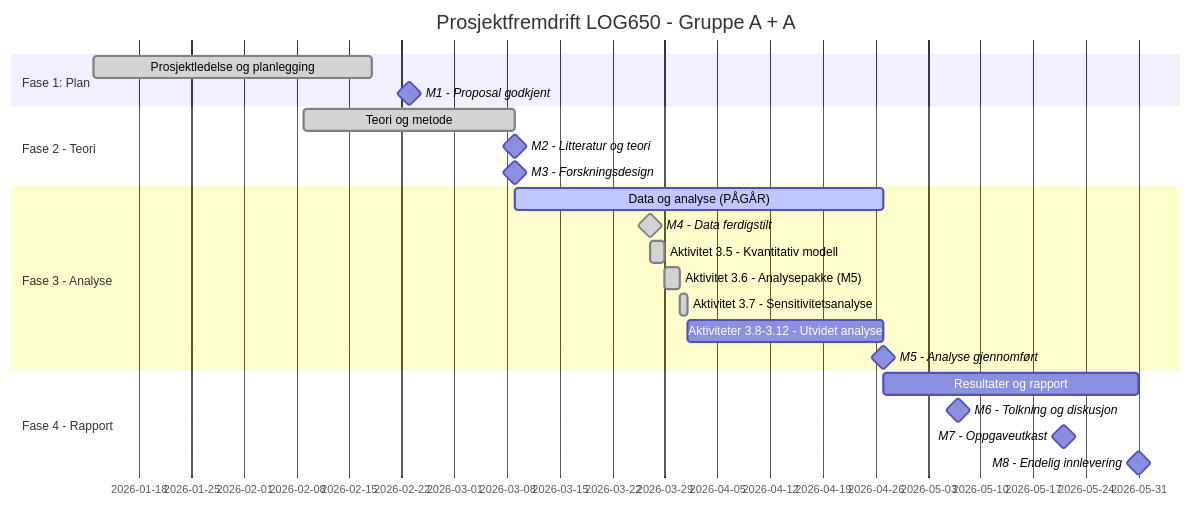
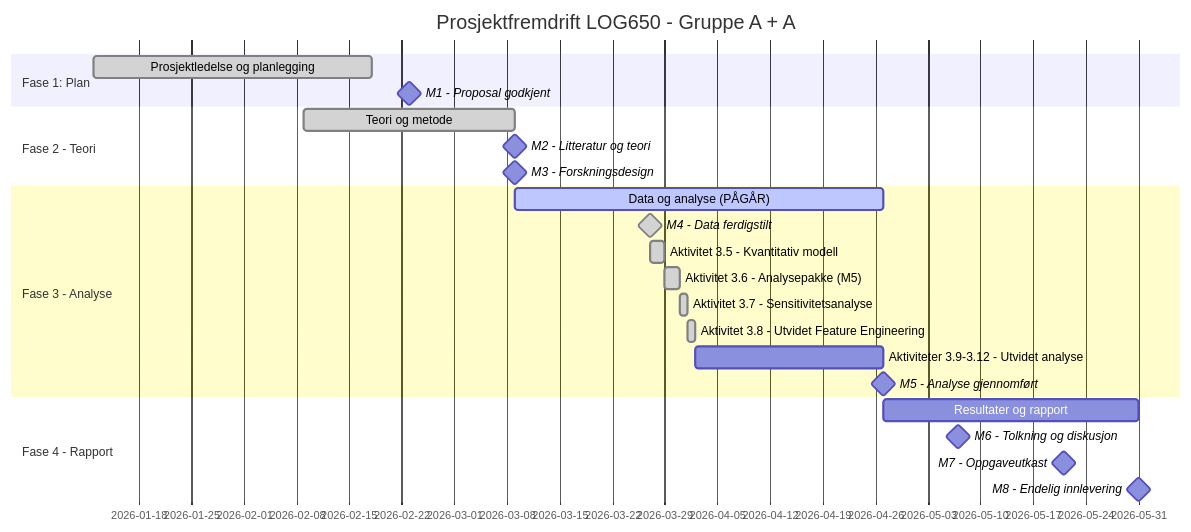
The diagram in 012 fase 2 - plan/status.md (LOG650/G02-a-pluss-a), drawn with Mermaid before and after one commit. The commit also changed other lines of this file and 9 other files, not shown here.

````diff
--- a/012 fase 2 - plan/status.md
+++ b/012 fase 2 - plan/status.md
@@ -21,25 +21,26 @@
 ```mermaid
 gantt
     title Prosjektfremdrift LOG650 - Gruppe A + A
     dateFormat  YYYY-MM-DD
     section Fase 1: Plan
     Prosjektledelse og planlegging :done, 2026-01-12, 2026-02-18
     M1 - Proposal godkjent :milestone, 2026-02-23, 0d
     section Fase 2 - Teori
     Teori og metode :done, 2026-02-09, 2026-03-09
     M2 - Litteratur og teori :milestone, 2026-03-09, 0d
     M3 - Forskningsdesign :milestone, 2026-03-09, 0d
     section Fase 3 - Analyse
     Data og analyse (PÅGÅR) :active, 2026-03-09, 2026-04-27
     M4 - Data ferdigstilt :done, milestone, 2026-03-27, 0d
     Aktivitet 3.5 - Kvantitativ modell :done, 2026-03-27, 2026-03-29
     Aktivitet 3.6 - Analysepakke (M5) :done, 2026-03-29, 2026-03-31
     Aktivitet 3.7 - Sensitivitetsanalyse :done, 2026-03-31, 2026-04-01
-    Aktiviteter 3.8-3.12 - Utvidet analyse : 2026-04-01, 2026-04-27
+    Aktivitet 3.8 - Utvidet Feature Engineering :done, 2026-04-01, 2026-04-02
+    Aktiviteter 3.9-3.12 - Utvidet analyse : 2026-04-02, 2026-04-27
     M5 - Analyse gjennomført :milestone, 2026-04-27, 0d
     section Fase 4 - Rapport
     Resultater og rapport : 2026-04-27, 2026-05-31
     M6 - Tolkning og diskusjon :milestone, 2026-05-07, 0d
     M7 - Oppgaveutkast :milestone, 2026-05-21, 0d
     M8 - Endelig innlevering :milestone, 2026-05-31, 0d
 ```
````
